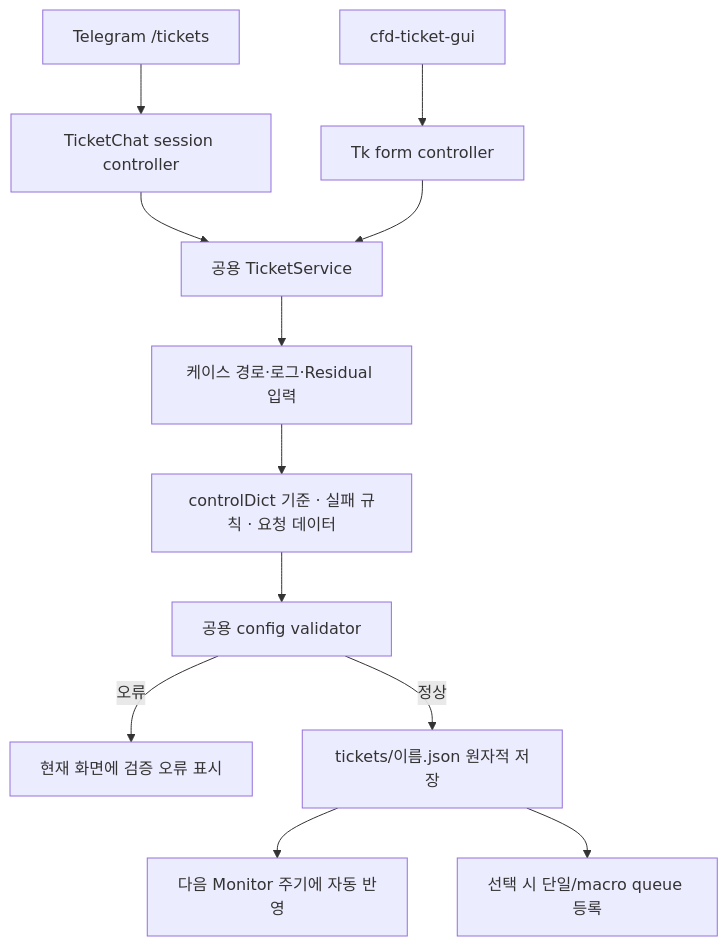
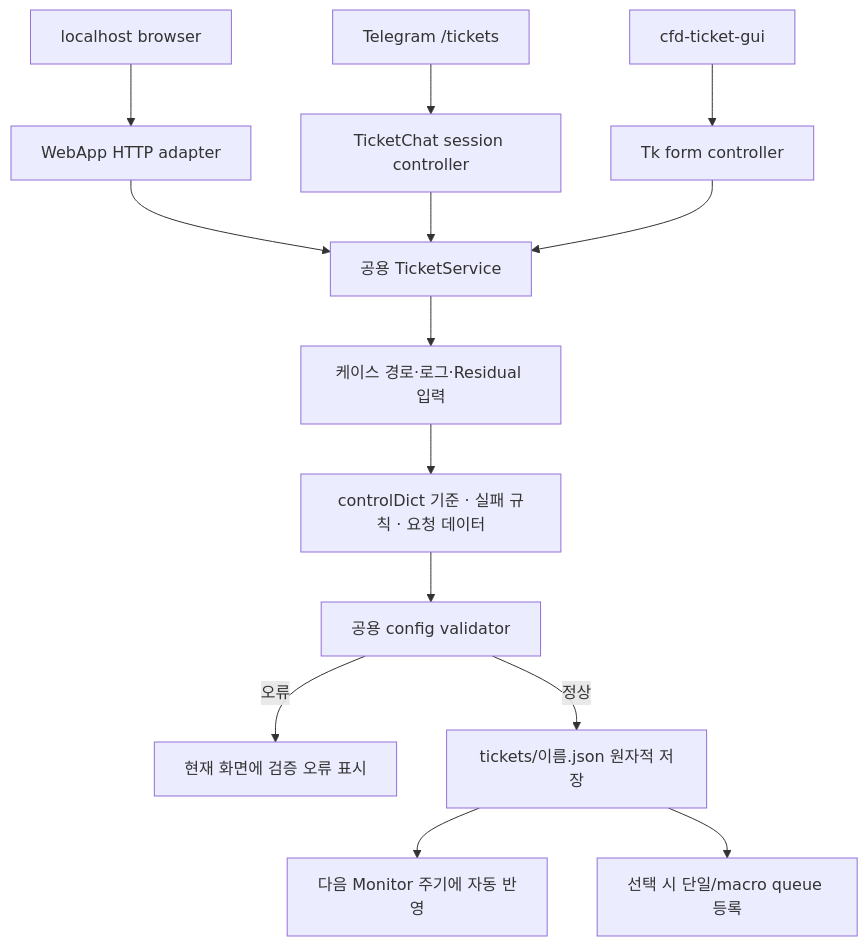
The tenth of 12 diagrams in docs/ARCHITECTURE.md (jo0n-lab/cfd-bot), drawn with Mermaid before and after one commit. The commit also changed other lines of this file and 61 other files, not shown here.

````diff
--- a/docs/ARCHITECTURE.md
+++ b/docs/ARCHITECTURE.md
@@ -373,14 +375,16 @@
 ```mermaid
 flowchart TD
     A[Telegram /tickets] --> CHAT[TicketChat session controller]
     B[cfd-ticket-gui] --> GUI[Tk form controller]
+    WEB[localhost browser] --> HTTP[WebApp HTTP adapter]
+    HTTP --> SERVICE
     CHAT --> SERVICE[공용 TicketService]
     GUI --> SERVICE
     SERVICE --> C[케이스 경로·로그·Residual 입력]
     C --> D[controlDict 기준 · 실패 규칙 · 요청 데이터]
     D --> E[공용 config validator]
     E -->|오류| F[현재 화면에 검증 오류 표시]
     E -->|정상| G[tickets/이름.json 원자적 저장]
     G --> H[다음 Monitor 주기에 자동 반영]
     G --> I[선택 시 단일/macro queue 등록]
 ```
````
